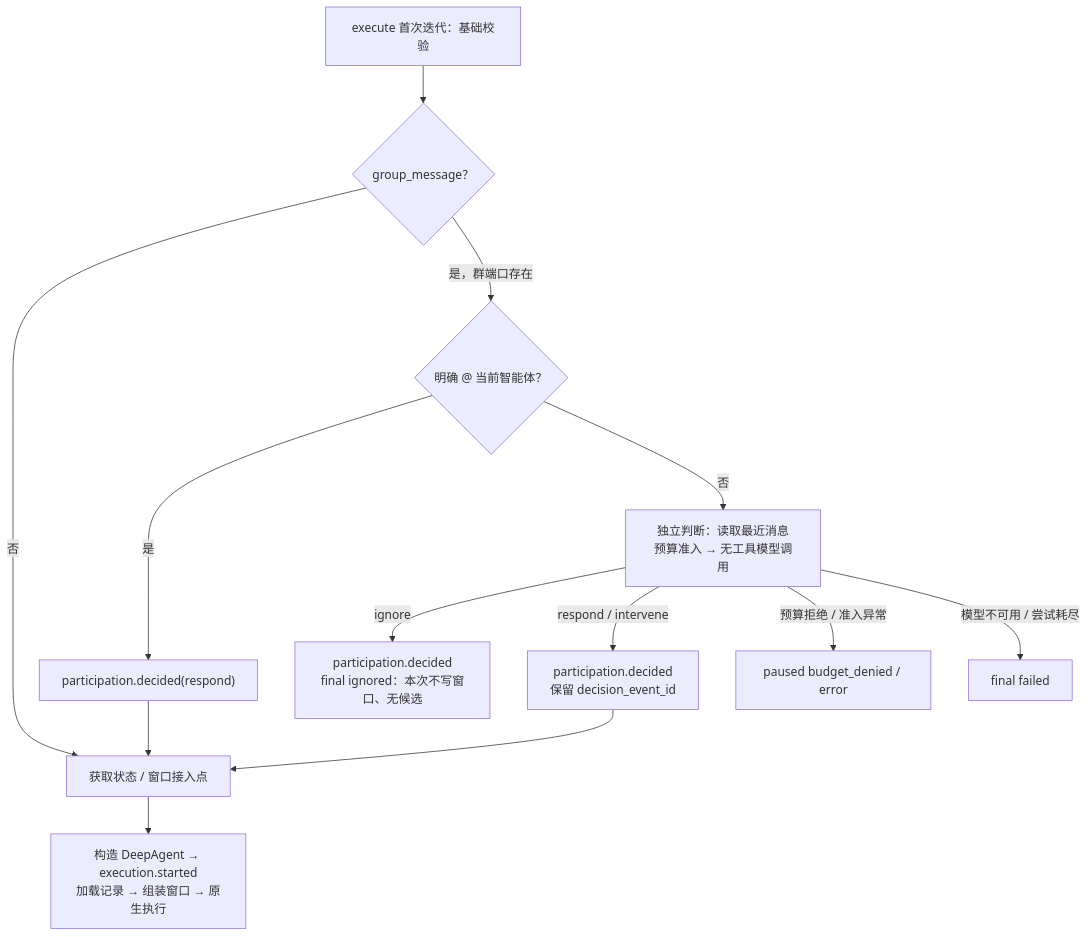
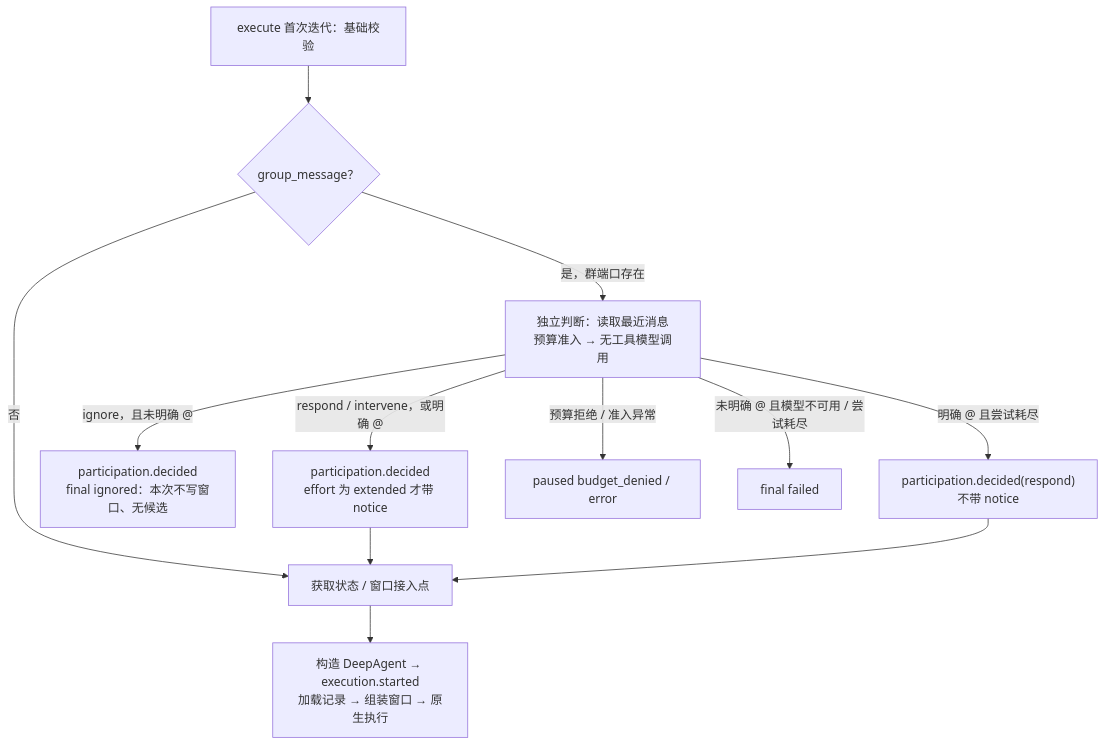
Before and after one commit to openJiuwen-ai/agent-core: the first of 2 diagrams in openjiuwen/harness/persistent_agent/docs/features/F_07_group-participation.md, drawn with Mermaid. The commit also changed other lines of this file and 6 other files, not shown here.

````diff
--- a/openjiuwen/harness/persistent_agent/docs/features/F_07_group-participation.md
+++ b/openjiuwen/harness/persistent_agent/docs/features/F_07_group-participation.md
@@ -50,14 +50,13 @@
 ```mermaid
 flowchart TD
     E["execute 首次迭代：基础校验"] --> K{"group_message？"}
     K -->|否| B["获取状态 / 窗口接入点"]
-    K -->|是，群端口存在| M{"明确 @ 当前智能体？"}
-    M -->|是| D["participation.decided(respond)"] --> B
-    M -->|否| J["独立判断：读取最近消息<br/>预算准入 → 无工具模型调用"]
-    J -->|ignore| I["participation.decided<br/>final ignored：本次不写窗口、无候选"]
-    J -->|respond / intervene| R["participation.decided<br/>保留 decision_event_id"]
+    K -->|是，群端口存在| J["独立判断：读取最近消息<br/>预算准入 → 无工具模型调用"]
+    J -->|ignore，且未明确 @| I["participation.decided<br/>final ignored：本次不写窗口、无候选"]
+    J -->|respond / intervene，或明确 @| R["participation.decided<br/>effort 为 extended 才带 notice"]
     R --> B
     J -->|预算拒绝 / 准入异常| P["paused budget_denied / error"]
-    J -->|模型不可用 / 尝试耗尽| F["final failed"]
+    J -->|未明确 @ 且模型不可用 / 尝试耗尽| F["final failed"]
+    J -->|明确 @ 且尝试耗尽| R2["participation.decided(respond)<br/>不带 notice"] --> B
     B --> A["构造 DeepAgent → execution.started<br/>加载记录 → 组装窗口 → 原生执行"]
 ```
````
